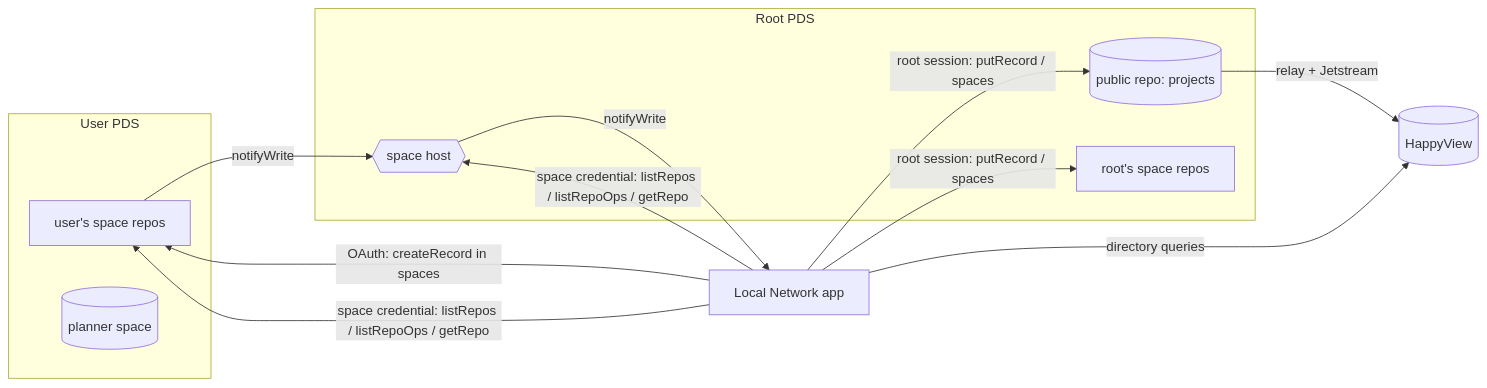
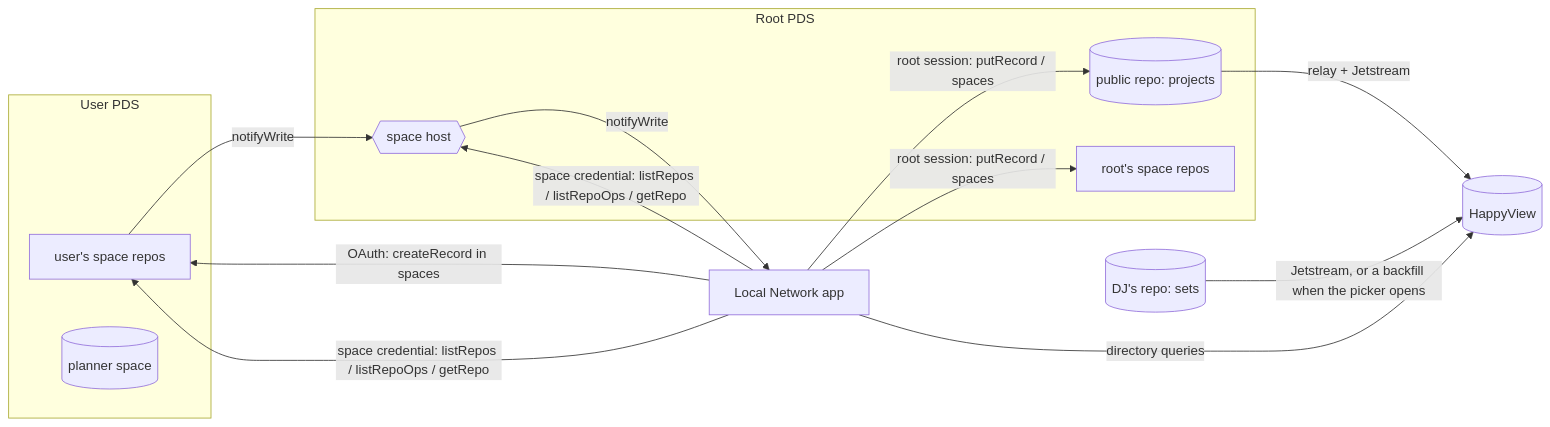
The diagram in apps/web/README.md (cutenode/localnetwork), drawn with Mermaid before and after one commit. The commit also changed other lines of this file and 45 other files, not shown here.

````diff
--- a/apps/web/README.md
+++ b/apps/web/README.md
@@ -61,20 +63,21 @@
 ```mermaid
 flowchart LR
   subgraph User PDS
     UR[user's space repos]
     PL[(planner space)]
   end
   subgraph Root PDS
     PUB[(public repo: projects)]
     RS[root's space repos]
     SH{{space host}}
   end
   App[Local Network app]
   App -- OAuth: createRecord in spaces --> UR
   App -- root session: putRecord / spaces --> PUB & RS
   UR -- notifyWrite --> SH
   SH -- notifyWrite --> App
   App -- space credential: listRepos / listRepoOps / getRepo --> SH & UR
   PUB -- relay + Jetstream --> HV[(HappyView)]
+  SETS[(DJ's repo: sets)] -- Jetstream, or a backfill when the picker opens --> HV
   App -- directory queries --> HV
 ```
````
